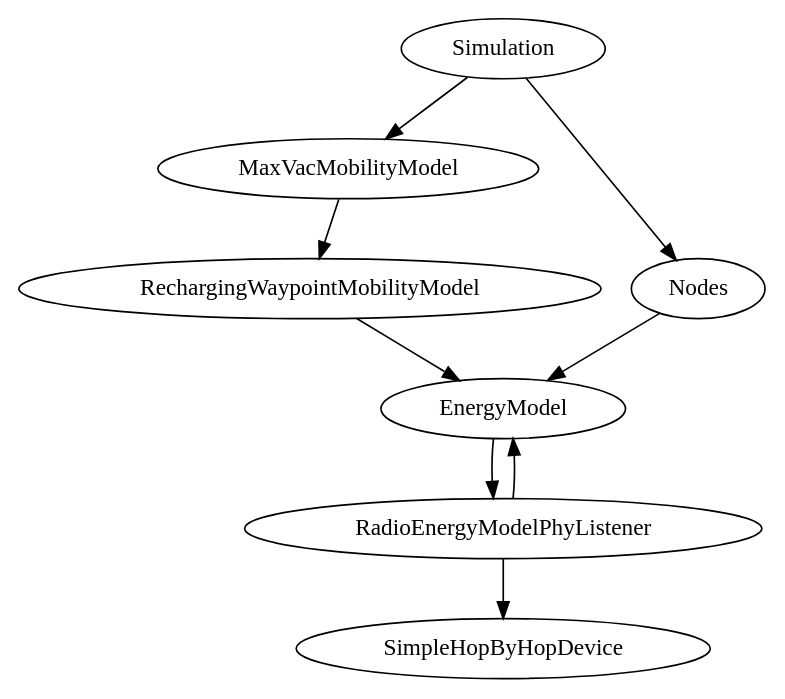
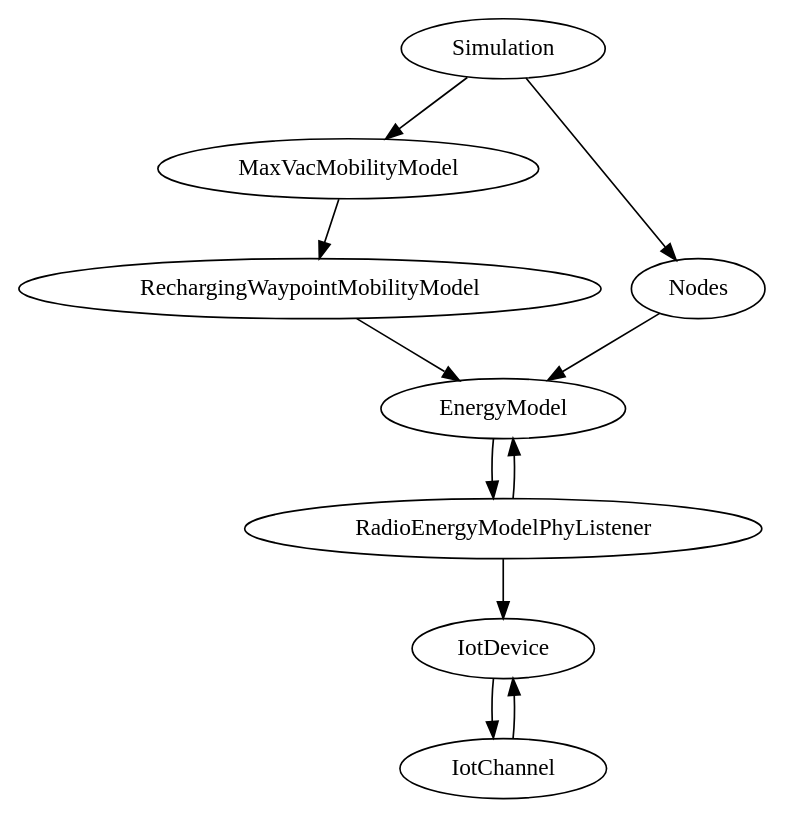
Before and after one commit to hansbogert/TUD-IN4398-Project2: the diagram in Project.asciidoc, drawn with Graphviz. The commit also changed other lines of this file, not shown here.

Commit message:
Renamed models in document to IoT instead of simple.

```diff
--- a/Project.asciidoc
+++ b/Project.asciidoc
@@ -180,17 +180,21 @@
 [graphviz]
 ----
 digraph G { rankdir=UD; 
   Simulation
   ->MaxVacMobilityModel
   ->RechargingWaypointMobilityModel
   ->EnergyModel
   ->RadioEnergyModelPhyListener
   ->EnergyModel
     RadioEnergyModelPhyListener
-  ->SimpleHopByHopDevice
+  ->IotDevice
+  ->IotChannel
+
+  IotChannel
+  ->IotDevice
 
   Simulation
   ->Nodes
   ->EnergyModel
 }
 ----
```
